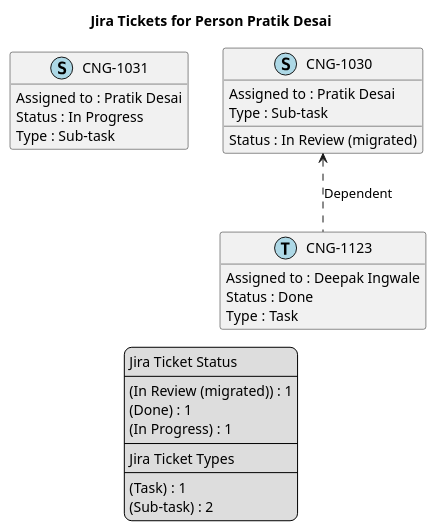
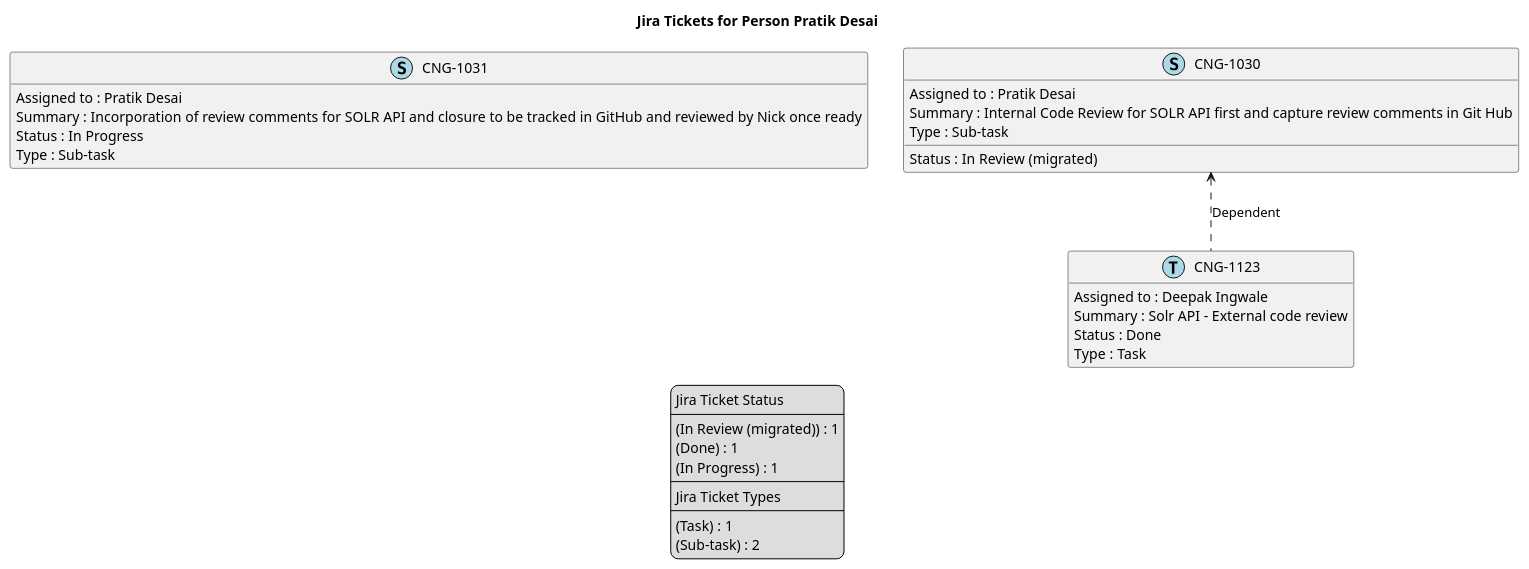
The diagram in temp/jira-Person-Pratik_Desai.puml (brunasti/jiraplotter), drawn with PlantUML before and after one commit. The commit also changed 90 other files, not shown here.

```diff
--- a/temp/jira-Person-Pratik_Desai.puml
+++ b/temp/jira-Person-Pratik_Desai.puml
@@ -1,49 +1,52 @@
 @startuml
 'https://plantuml.com/class-diagram
 
 ' GENERATE CLASS DIAGRAM ===========
-' Generated at    : Tue Apr 23 13:28:09 CEST 2024
+' Generated at    : Fri May 03 10:09:58 CEST 2024
 
 title Jira Tickets for Person Pratik Desai
 hide empty members
 
 legend
 Jira Ticket Status
 ----
 (In Review (migrated)) : 1
 (Done) : 1
 (In Progress) : 1
 ----
 Jira Ticket Types
 ----
 (Task) : 1
 (Sub-task) : 2
 end legend
 
 
 ' Tickets =======
 class "CNG-1031" << (S,lightblue) >> {
   Assigned to : Pratik Desai
+  Summary : Incorporation of review comments for SOLR API and closure to be tracked in GitHub and reviewed by Nick once ready
   Status : In Progress
   Type : Sub-task
 }
 
 class "CNG-1030" << (S,lightblue) >> {
   Assigned to : Pratik Desai
+  Summary : Internal Code Review for SOLR API first and capture review comments in Git Hub
   Status : In Review (migrated)
   Type : Sub-task
 }
 
 class "CNG-1123" << (T,lightblue) >> {
   Assigned to : Deepak Ingwale
+  Summary : Solr API - External code review 
   Status : Done
   Type : Task
 }
 
 
 
 ' Links =======
 "CNG-1030" <.. "CNG-1123" : Dependent
 
 
 @enduml
```
